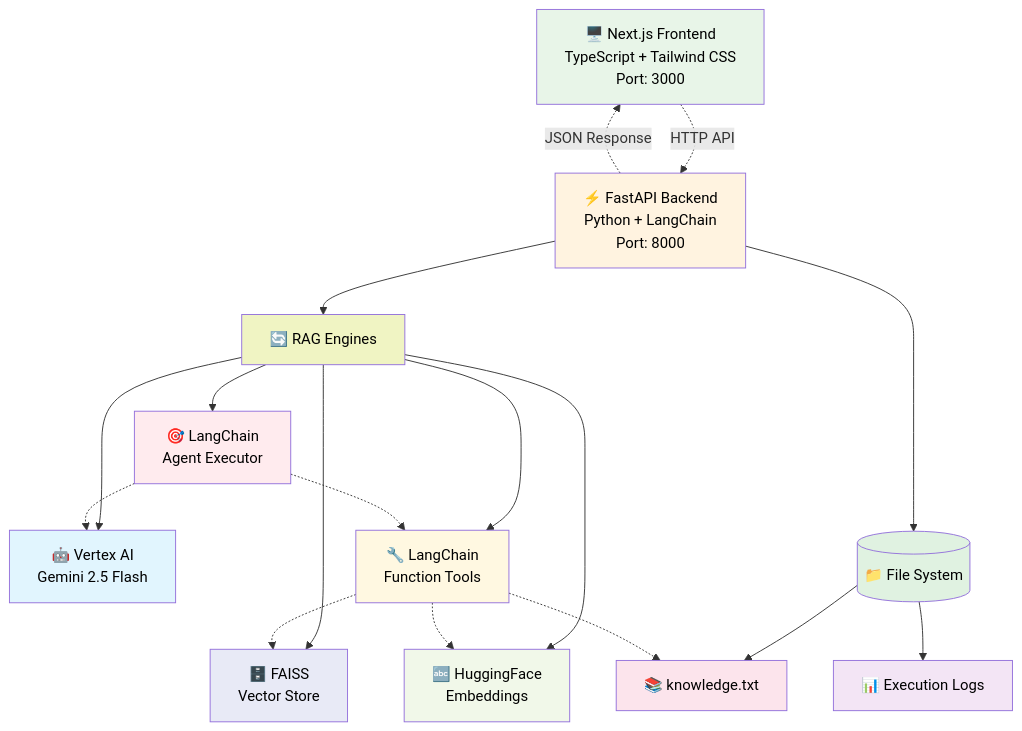
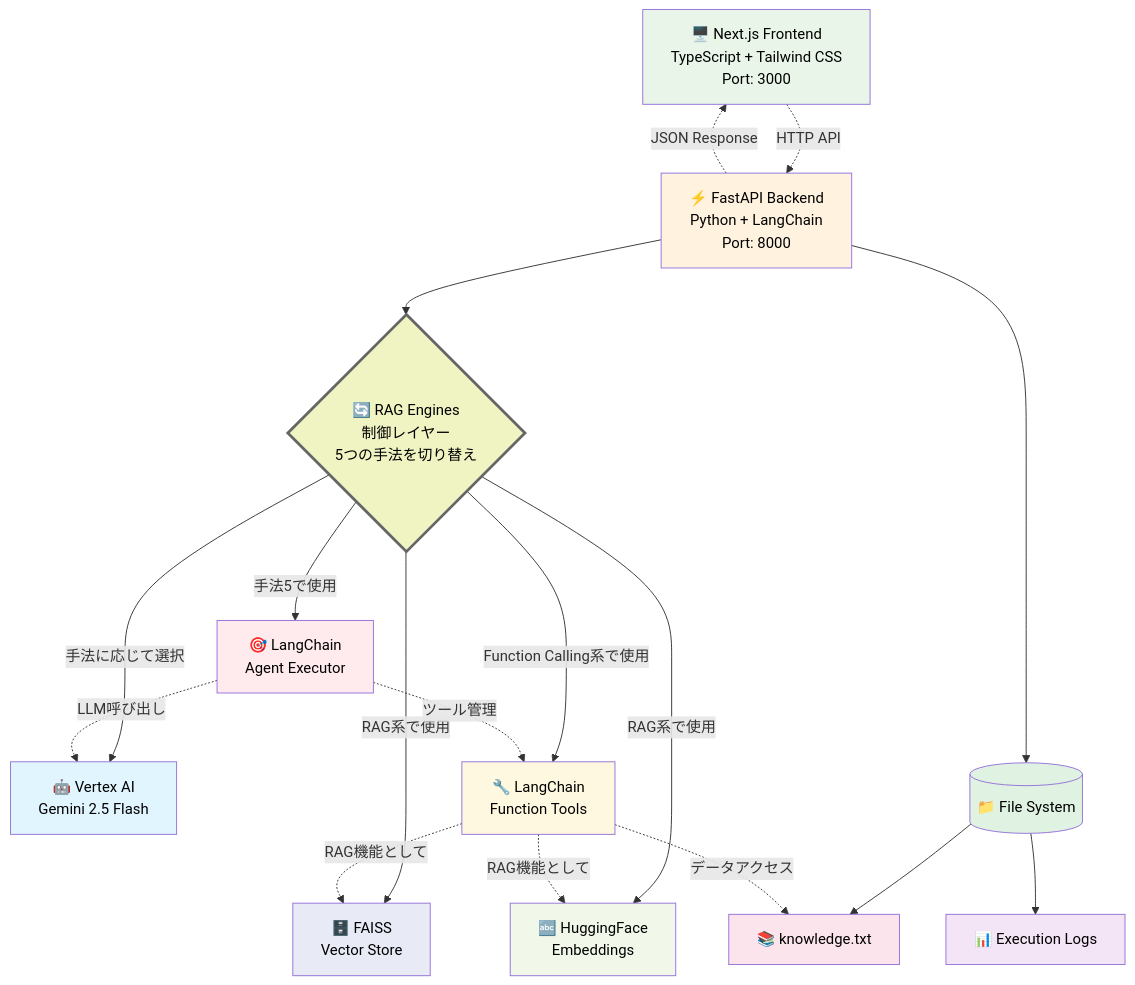
Before and after one commit to safubuki/rag-sample-codes: the first of 11 diagrams in README.md, drawn with Mermaid. The commit also changed other lines of this file, not shown here.

````diff
--- a/README.md
+++ b/README.md
@@ -95,39 +95,39 @@
 ```mermaid
 graph TD
     Frontend[🖥️ Next.js Frontend<br/>TypeScript + Tailwind CSS<br/>Port: 3000] 
     Backend[⚡ FastAPI Backend<br/>Python + LangChain<br/>Port: 8000]
     
     Frontend -.->|HTTP API| Backend
     Backend -.->|JSON Response| Frontend
     
-    Backend --> Engines[🔄 RAG Engines]
+    Backend --> Controller{🔄 RAG Engines<br/>制御レイヤー<br/>5つの手法を切り替え}
     
-    Engines --> LLM[🤖 Vertex AI<br/>Gemini 2.5 Flash]
-    Engines --> Vector[🗄️ FAISS<br/>Vector Store]
-    Engines --> Embed[🔤 HuggingFace<br/>Embeddings]
-    Engines --> Tools[🔧 LangChain<br/>Function Tools]
-    Engines --> Agent[🎯 LangChain<br/>Agent Executor]
+    Controller -->|手法に応じて選択| LLM[🤖 Vertex AI<br/>Gemini 2.5 Flash]
+    Controller -->|RAG系で使用| Vector[🗄️ FAISS<br/>Vector Store]
+    Controller -->|RAG系で使用| Embed[🔤 HuggingFace<br/>Embeddings]
+    Controller -->|Function Calling系で使用| Tools[🔧 LangChain<br/>Function Tools]
+    Controller -->|手法5で使用| Agent[🎯 LangChain<br/>Agent Executor]
     
-    Tools -.-> Vector
-    Tools -.-> Embed
-    Agent -.-> Tools
-    Agent -.-> LLM
+    Tools -.->|RAG機能として| Vector
+    Tools -.->|RAG機能として| Embed
+    Agent -.->|ツール管理| Tools
+    Agent -.->|LLM呼び出し| LLM
     
     Backend --> Storage[(📁 File System)]
     Storage --> KB[📚 knowledge.txt]
     Storage --> Logs[📊 Execution Logs]
     
-    Tools -.-> KB
+    Tools -.->|データアクセス| KB
     
     style Frontend fill:#e8f5e8,color:#000
     style Backend fill:#fff3e0,color:#000
+    style Controller fill:#f0f4c3,color:#000,stroke:#666,stroke-width:3px
     style LLM fill:#e1f5fe,color:#000
     style Vector fill:#e8eaf6,color:#000
     style Embed fill:#f1f8e9,color:#000
     style Tools fill:#fff8e1,color:#000
     style Agent fill:#ffebee,color:#000
     style KB fill:#fce4ec,color:#000
     style Logs fill:#f3e5f5,color:#000
-    style Engines fill:#f0f4c3,color:#000
     style Storage fill:#e0f2e1,color:#000
 ```
````
